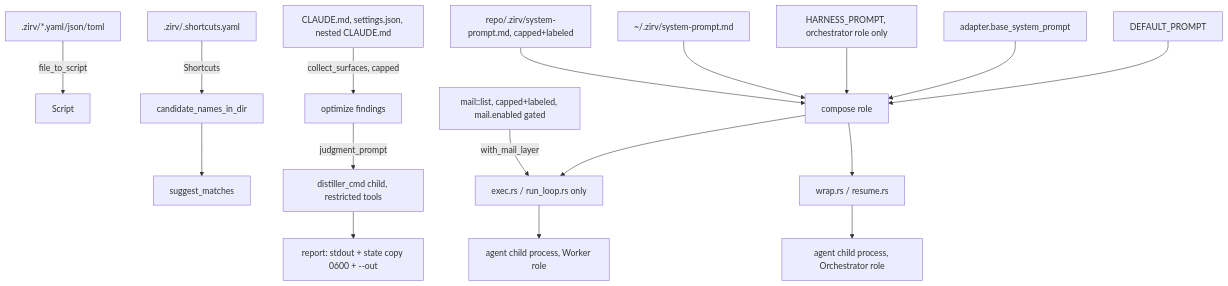
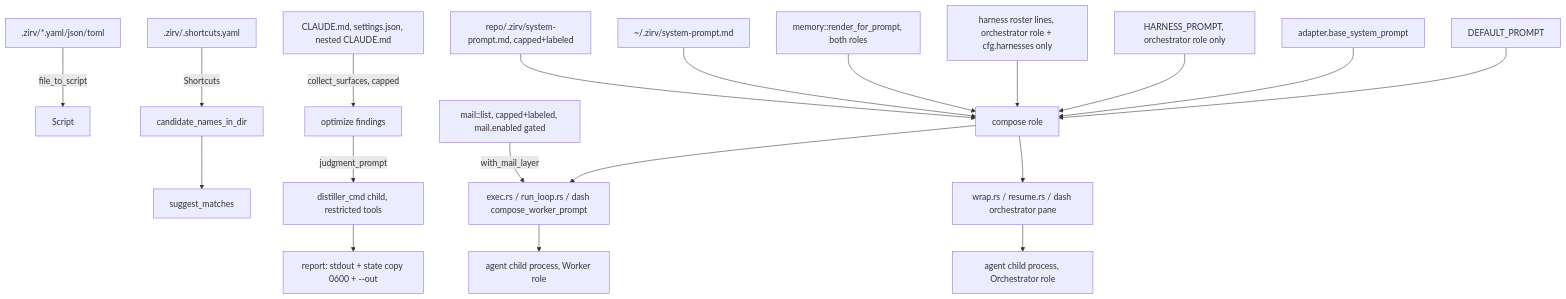
Before and after one commit to Glubiz/zirv-dynamic-cli: the diagram in docs/obsidian/Modules/Utilities.md, drawn with Mermaid. The commit also changed other lines of this file, not shown here.

Commit message:
docs(vault): bring Utilities.md's prompt.rs coverage up to the v5 compose shape

````diff
--- a/docs/obsidian/Modules/Utilities.md
+++ b/docs/obsidian/Modules/Utilities.md
@@ -70,19 +72,21 @@
 ```mermaid
 flowchart TD
     A[.zirv/*.yaml/json/toml] -->|file_to_script| B[Script]
     C[.zirv/.shortcuts.yaml] -->|Shortcuts| D[candidate_names_in_dir]
     D --> E[suggest_matches]
     F[CLAUDE.md, settings.json, nested CLAUDE.md] -->|collect_surfaces, capped| G[optimize findings]
     G -->|judgment_prompt| H[distiller_cmd child, restricted tools]
     H --> I[report: stdout + state copy 0600 + --out]
     J[DEFAULT_PROMPT] --> K[compose role]
     L[adapter.base_system_prompt] --> K
     HH["HARNESS_PROMPT, orchestrator role only"] --> K
+    HR["harness roster lines, orchestrator role + cfg.harnesses only"] --> K
+    MEM["memory::render_for_prompt, both roles"] --> K
     M["~/.zirv/system-prompt.md"] --> K
     N["repo/.zirv/system-prompt.md, capped+labeled"] --> K
-    K --> O[exec.rs / run_loop.rs only]
+    K --> O["exec.rs / run_loop.rs / dash compose_worker_prompt"]
     MM["mail::list, capped+labeled, mail.enabled gated"] -->|with_mail_layer| O
-    K --> P2[wrap.rs / resume.rs]
+    K --> P2["wrap.rs / resume.rs / dash orchestrator pane"]
     O --> P[agent child process, Worker role]
     P2 --> P3[agent child process, Orchestrator role]
 ```
````
